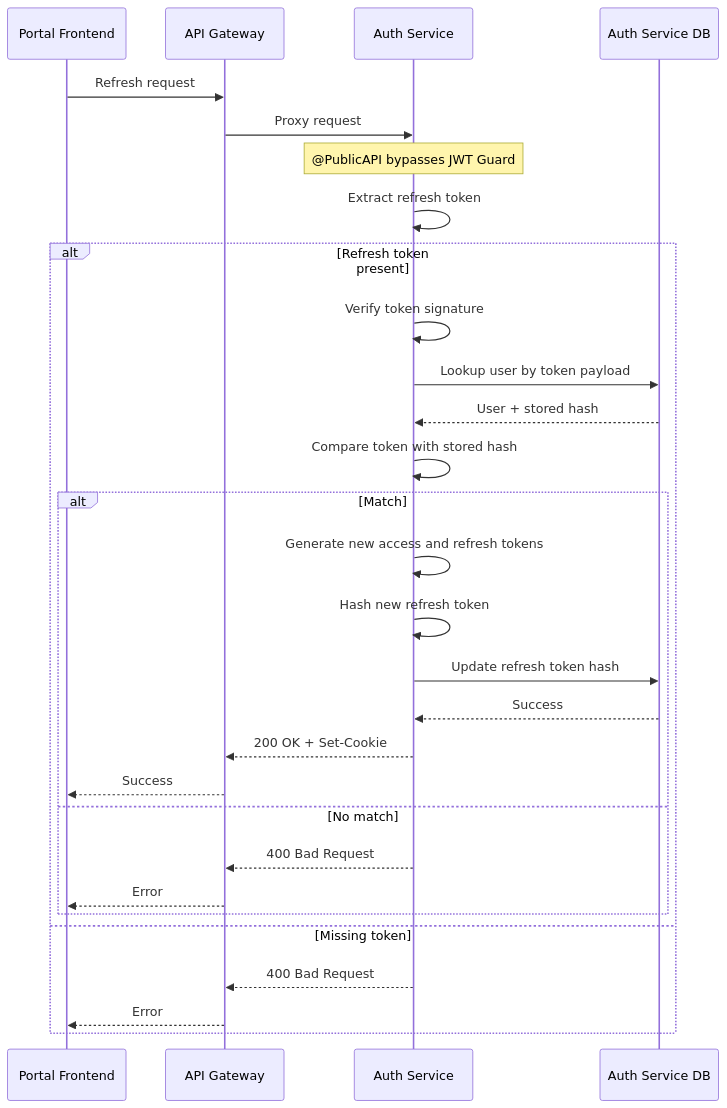
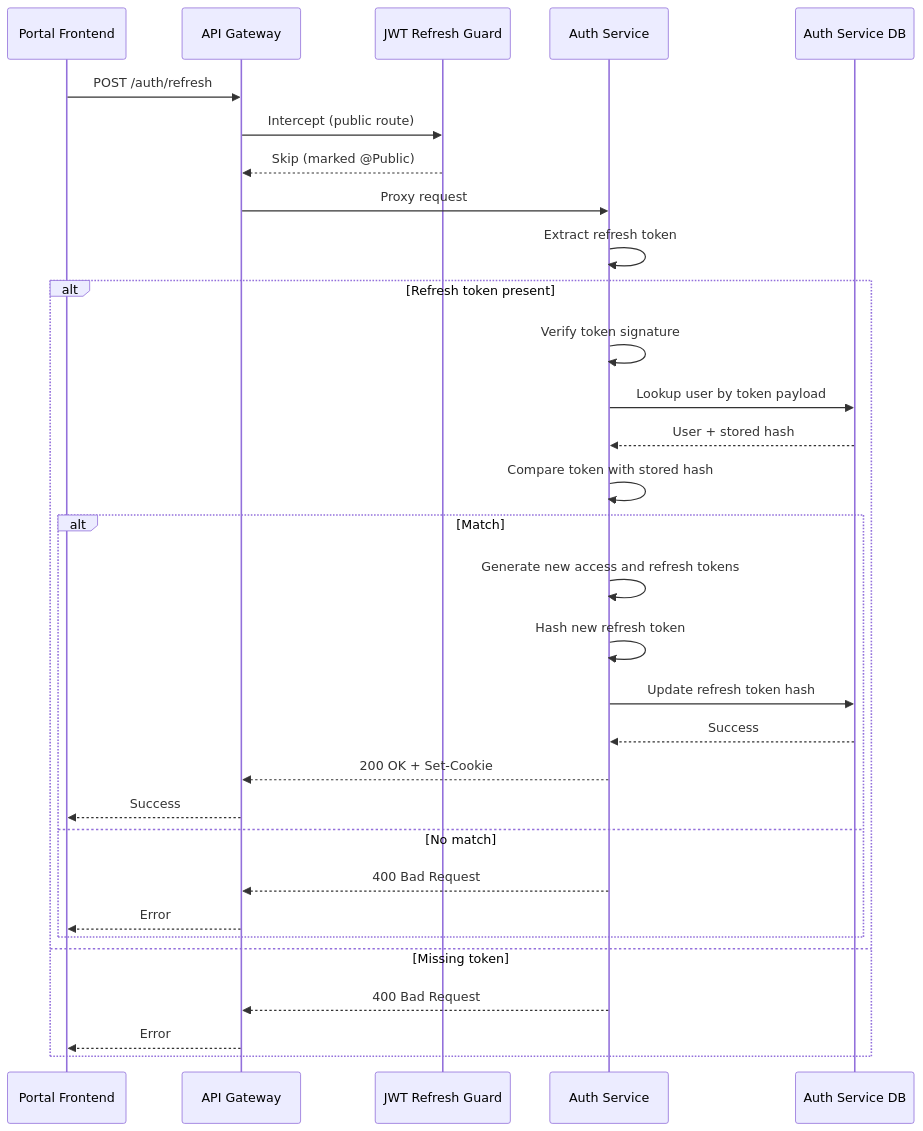
One commit to aoda-zhang/PawHaven-FullStack-React-NodeJS changed the fourth of 4 diagrams in docs/authentication_architecture.md. Above: the diagram before and after it, drawn with Mermaid. The commit also changed other lines of this file and 11 other files, not shown here.

Commit message:
refactor(auth): remove old JWT middleware and implement guards for token refresh and verification

````diff
--- a/docs/authentication_architecture.md
+++ b/docs/authentication_architecture.md
@@ -158,34 +171,35 @@
 ```mermaid
 sequenceDiagram
     participant Portal as Portal Frontend
     participant Gateway as API Gateway
+    participant RefreshGuard as JWT Refresh Guard
     participant AuthService as Auth Service
     participant AuthDB as Auth Service DB
 
-    Portal->>Gateway: Refresh request
+    Portal->>Gateway: POST /auth/refresh
+    Gateway->>RefreshGuard: Intercept (public route)
+    RefreshGuard-->>Gateway: Skip (marked @Public)
     Gateway->>AuthService: Proxy request
-
-    Note over AuthService: @PublicAPI bypasses JWT Guard
 
     AuthService->>AuthService: Extract refresh token
     alt Refresh token present
         AuthService->>AuthService: Verify token signature
         AuthService->>AuthDB: Lookup user by token payload
         AuthDB-->>AuthService: User + stored hash
         AuthService->>AuthService: Compare token with stored hash
         alt Match
             AuthService->>AuthService: Generate new access and refresh tokens
             AuthService->>AuthService: Hash new refresh token
             AuthService->>AuthDB: Update refresh token hash
             AuthDB-->>AuthService: Success
             AuthService-->>Gateway: 200 OK + Set-Cookie
             Gateway-->>Portal: Success
         else No match
             AuthService-->>Gateway: 400 Bad Request
             Gateway-->>Portal: Error
         end
     else Missing token
         AuthService-->>Gateway: 400 Bad Request
         Gateway-->>Portal: Error
     end
 ```
````
